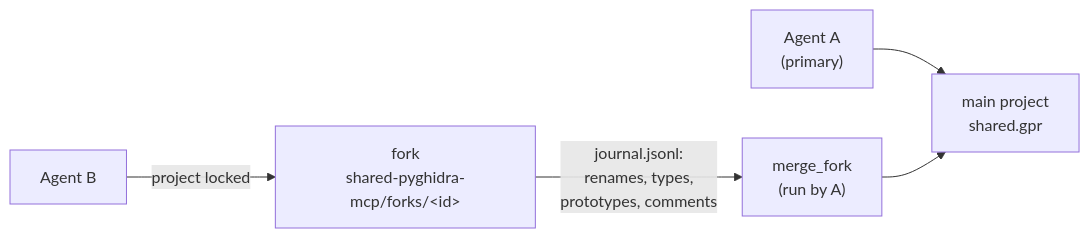
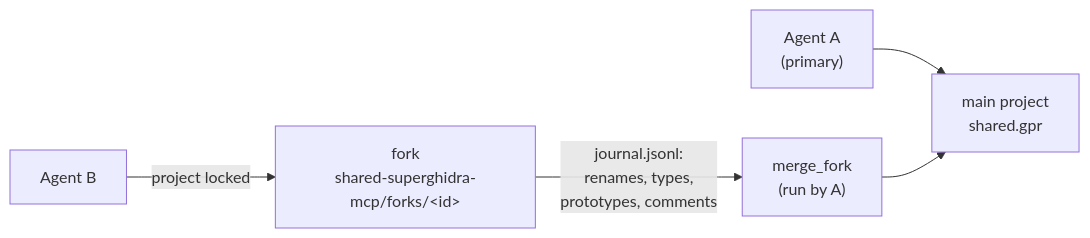
Before and after one commit to yuatemycat/SuperghidraMCP: the fourth of 4 diagrams in README.md, drawn with Mermaid. The commit also changed other lines of this file and 4 other files, not shown here.

````diff
--- a/README.md
+++ b/README.md
@@ -437,7 +436,7 @@
 ```mermaid
 flowchart LR
     A["Agent A<br/>(primary)"] --> P["main project<br/>shared.gpr"]
-    B["Agent B"] -->|"project locked"| F["fork<br/>shared-pyghidra-mcp/forks/&lt;id&gt;"]
+    B["Agent B"] -->|"project locked"| F["fork<br/>shared-superghidra-mcp/forks/&lt;id&gt;"]
     F -->|"journal.jsonl:<br/>renames, types,<br/>prototypes, comments"| M["merge_fork<br/>(run by A)"]
     M --> P
 ```
````
